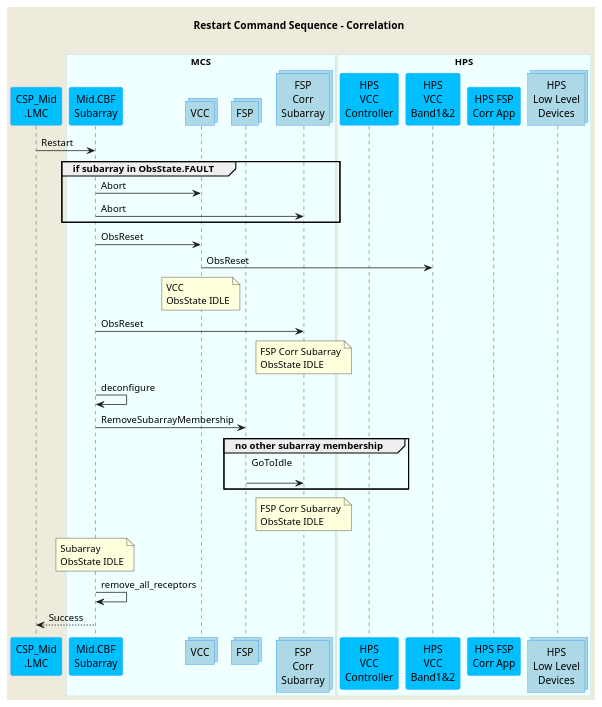
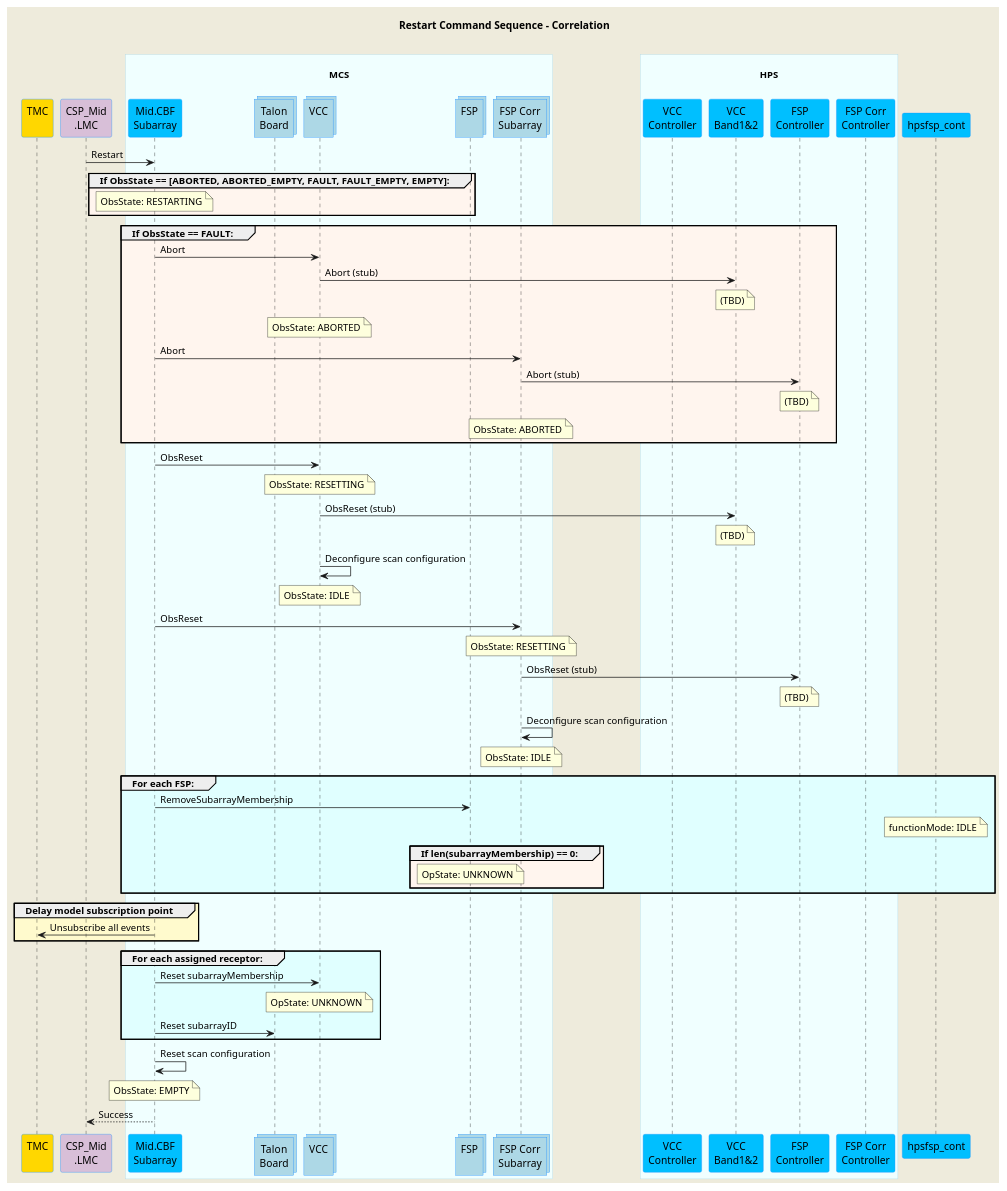
The diagram in docs/src/diagrams/restart-command.puml (ska-telescope/mid-cbf-mcs), drawn with PlantUML before and after one commit. The commit also changed 19 other files, not shown here.

```diff
--- a/docs/src/diagrams/restart-command.puml
+++ b/docs/src/diagrams/restart-command.puml
@@ -1,72 +1,96 @@
 @startuml
 'https://plantuml.com/sequence-diagram
 
 skinparam backgroundColor #EEEBDC
 skinparam sequence {
-ParticipantBorderColor DodgerBlue
-ParticipantBackgroundColor DeepSkyBlue
-ActorBorderColor DarkGreen
-ActorBackgroundColor Green
-BoxBorderColor LightBlue
-BoxBackgroundColor #F0FFFF
+  ParticipantBorderColor DodgerBlue
+  ParticipantBackgroundColor DeepSkyBlue
+  ActorBorderColor DarkGreen
+  ActorBackgroundColor Green
+  BoxBorderColor LightBlue
+  BoxBackgroundColor #F0FFFF
 }
-
 skinparam collections {
   BackGroundColor LightBlue
   BorderColor DodgerBlue
 }
-
 skinparam database {
   BackgroundColor LightGreen
   BorderColor DarkGreen
 }
 
 title Restart Command Sequence - Correlation\n
 
-participant "CSP_Mid\n.LMC" as lmc
-
-box "MCS"
-participant "Mid.CBF\nSubarray" as subarray
-collections "VCC" as vcc
-collections "FSP" as fsp
-collections "FSP\nCorr\nSubarray" as fspsubarray
+participant "TMC\n" as tmc #Gold
+participant "CSP_Mid\n.LMC" as lmc #Thistle
+box "\nMCS\n"
+  participant "Mid.CBF\nSubarray" as subarray
+  collections "Talon\nBoard" as talonboard
+  collections "VCC\n" as vcc
+  collections "FSP\n" as fsp
+  collections "FSP Corr\nSubarray" as fspsubarray
+  
 end box
-
-box "HPS"
-participant "HPS\nVCC\nController" as hpsvcc
-participant "HPS\nVCC\nBand1&2" as hpsvccband
-participant "HPS FSP\nCorr App" as hpsfsp
-collections "HPS\nLow Level\nDevices" as hpsdevices
+box "\nHPS\n"
+  participant "VCC\nController" as hpsvcc
+  participant "VCC\nBand1&2" as hpsvccband
+  participant "FSP\nController" as hpsfsp
+  participant "FSP Corr\nController" as hpsfsp_corr
 end box
 
 lmc         ->  subarray      : Restart
 
-group if subarray in ObsState.FAULT
-subarray    ->  vcc           : Abort
-subarray    ->  fspsubarray   : Abort
+group #SeaShell If ObsState == [ABORTED, ABORTED_EMPTY, FAULT, FAULT_EMPTY, EMPTY]:
+  note over subarray           : ObsState: RESTARTING
+end group
+
+group #SeaShell If ObsState == FAULT:
+  subarray    ->  vcc           : Abort
+  vcc         ->  hpsvccband    : Abort (stub)
+  note over hpsvccband          : (TBD)
+  note over vcc                 : ObsState: ABORTED
+  subarray    ->  fspsubarray   : Abort
+  fspsubarray ->  hpsfsp        : Abort (stub)
+  note over hpsfsp              : (TBD)
+  note over fspsubarray         : ObsState: ABORTED
 end group
 
 subarray    ->  vcc           : ObsReset
-vcc         ->  hpsvccband    : ObsReset
+note over vcc                 : ObsState: RESETTING
+vcc         ->  hpsvccband    : ObsReset (stub)
+note over hpsvccband          : (TBD)
+vcc         ->  vcc           : Deconfigure scan configuration 
+note over vcc                 : ObsState: IDLE
 
-note over vcc                 : VCC\nObsState IDLE
 subarray    ->  fspsubarray   : ObsReset
+note over fspsubarray         : ObsState: RESETTING
+fspsubarray ->  hpsfsp        : ObsReset (stub)
+note over hpsfsp              : (TBD)
+fspsubarray ->  fspsubarray   : Deconfigure scan configuration
+note over fspsubarray         : ObsState: IDLE
 
-note over fspsubarray         : FSP Corr Subarray\nObsState IDLE
-
-subarray    ->  subarray      : deconfigure
-subarray    ->  fsp           : RemoveSubarrayMembership
-
-group no other subarray membership
-fsp         ->  fspsubarray   : GoToIdle\n
+group #LightCyan For each FSP:
+    subarray    -> fsp        : RemoveSubarrayMembership
+    note over hpsfsp_cont     : functionMode: IDLE
+    group #SeaShell If len(subarrayMembership) == 0:
+      note over fsp           : OpState: UNKNOWN
+    end group
 end group
 
-note over fspsubarray         : FSP Corr Subarray\nObsState IDLE
-note over subarray            : Subarray\nObsState IDLE
+group #LemonChiffon Delay model subscription point
+    subarray    -> tmc        : Unsubscribe all events
+end group
 
-subarray    ->  subarray      : remove_all_receptors
+group #LightCyan For each assigned receptor:
+  subarray    ->  vcc         : Reset subarrayMembership
+  note over vcc               : OpState: UNKNOWN
+  subarray    ->  talonboard  : Reset subarrayID
+end group
 
-lmc        <--  subarray      : Success
+subarray      -> subarray     : Reset scan configuration
+
+note over subarray            : ObsState: EMPTY
+lmc         <--  subarray     : Success
 
 
 @enduml
```
